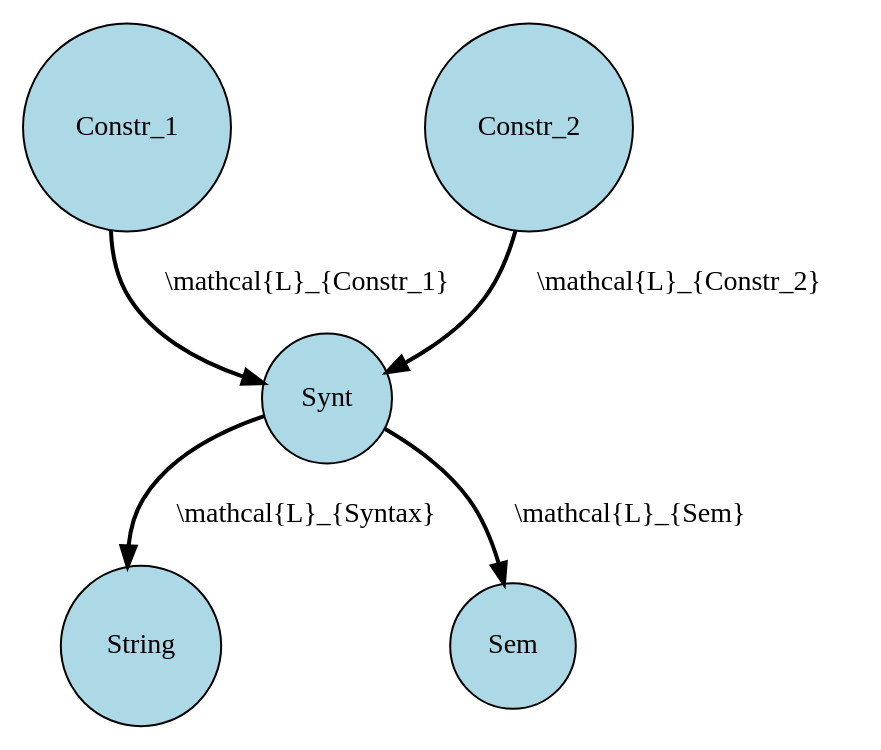
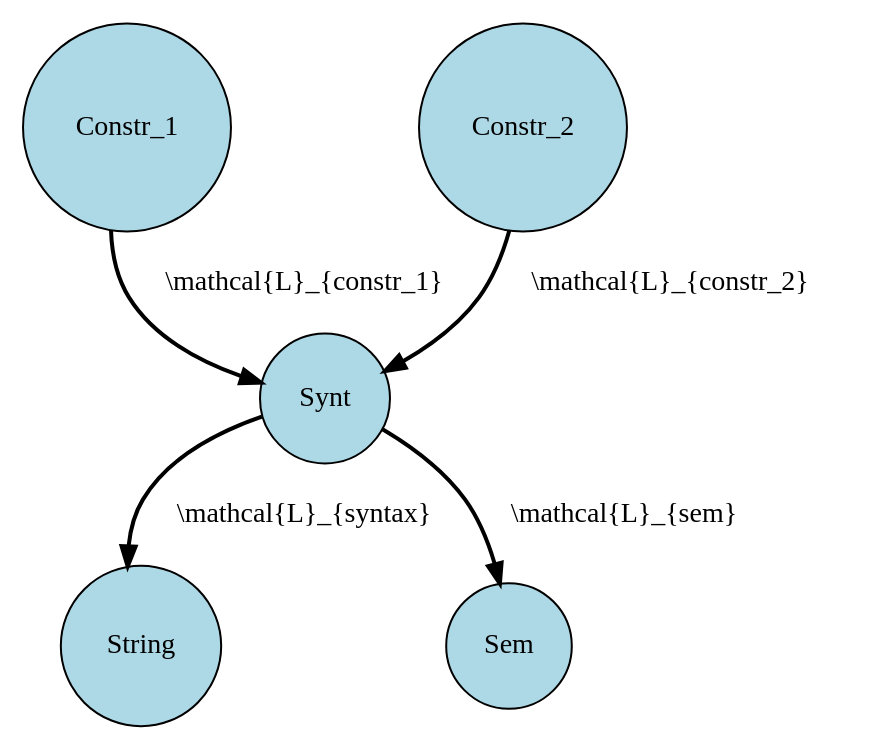
Before and after one commit to jirkamarsik/master-thesis: the diagram in diagrams/constraints-side-by-side.dot, drawn with Graphviz. The commit also changed 31 other files, not shown here.

```diff
--- a/diagrams/constraints-side-by-side.dot
+++ b/diagrams/constraints-side-by-side.dot
@@ -1,8 +1,8 @@
 strict digraph "constraints-side-by-side" {
   node [shape="circle",style="filled",fillcolor="lightblue"]
   edge [style="bold"]
-  "Constr_1" -> "Synt" [label="\\mathcal{L}_{Constr_1}"]
-  "Constr_2" -> "Synt" [label="\\mathcal{L}_{Constr_2}"]
-  "Synt" -> "String" [label="\\mathcal{L}_{Syntax}"]
-  "Synt" -> "Sem" [label="\\mathcal{L}_{Sem}"]
+  "Constr_1" -> "Synt" [label="\\mathcal{L}_{constr_1}"]
+  "Constr_2" -> "Synt" [label="\\mathcal{L}_{constr_2}"]
+  "Synt" -> "String" [label="\\mathcal{L}_{syntax}"]
+  "Synt" -> "Sem" [label="\\mathcal{L}_{sem}"]
 }
```
